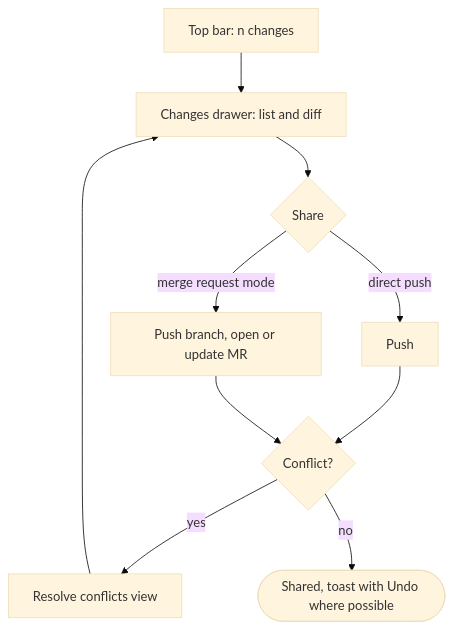
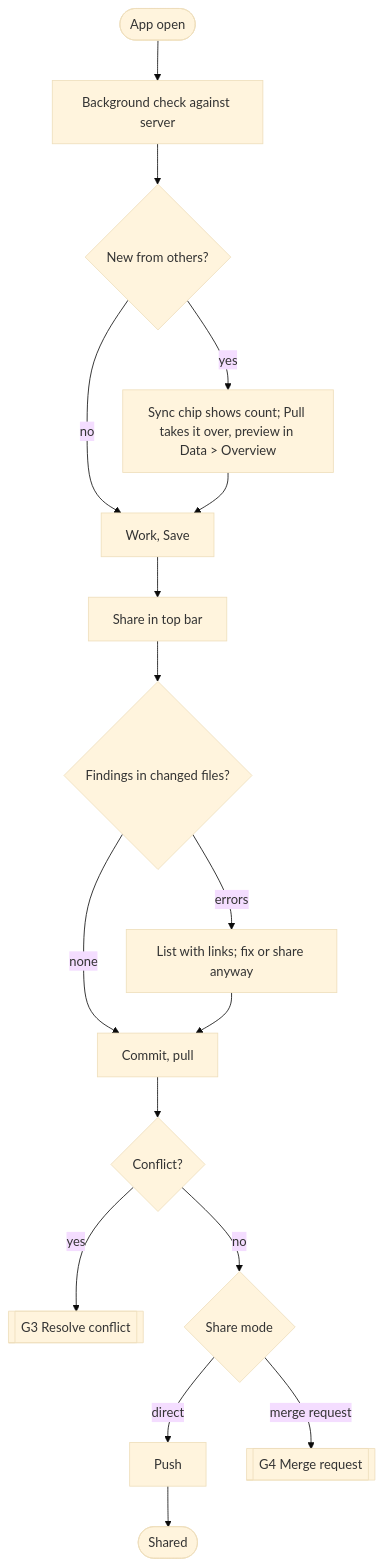
The tenth of 16 diagrams in docs/redesign/flows.md (swallat/foresprint), drawn with Mermaid (base theme) before and after one commit. The commit also changed other lines of this file, not shown here.

First line of the commit message:
Add Data area and Git flows (setup, daily sync, conflicts, merge requests, offline, branch, history)

````diff
--- a/docs/redesign/flows.md
+++ b/docs/redesign/flows.md
@@ -256,11 +289,18 @@
 ```mermaid
 flowchart TD
-  C[Top bar: n changes] --> D[Changes drawer: list and diff]
-  D --> S{Share}
-  S -- direct push --> P[Push]
-  S -- merge request mode --> M[Push branch, open or update MR]
-  P --> K{Conflict?}
-  M --> K
-  K -- yes --> K1[Resolve conflicts view] --> D
-  K -- no --> OK([Shared, toast with Undo where possible])
+  O([App open]) --> BG[Background check against server]
+  BG --> N{New from others?}
+  N -- yes --> CH[Sync chip shows count; Pull takes it over, preview in Data > Overview]
+  N -- no --> W
+  CH --> W[Work, Save]
+  W --> SH[Share in top bar]
+  SH --> V{Findings in changed files?}
+  V -- errors --> VF[List with links; fix or share anyway]
+  V -- none --> PL[Commit, pull]
+  VF --> PL
+  PL --> K{Conflict?}
+  K -- yes --> G3[[G3 Resolve conflict]]
+  K -- no --> M{Share mode}
+  M -- direct --> PU[Push] --> D([Shared])
+  M -- merge request --> G4[[G4 Merge request]]
 ```
````
